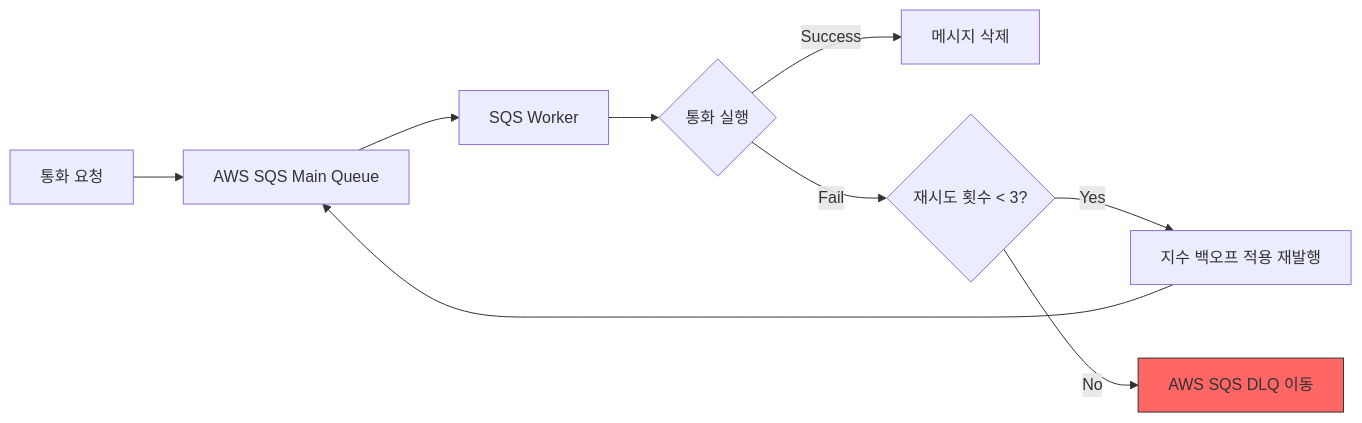
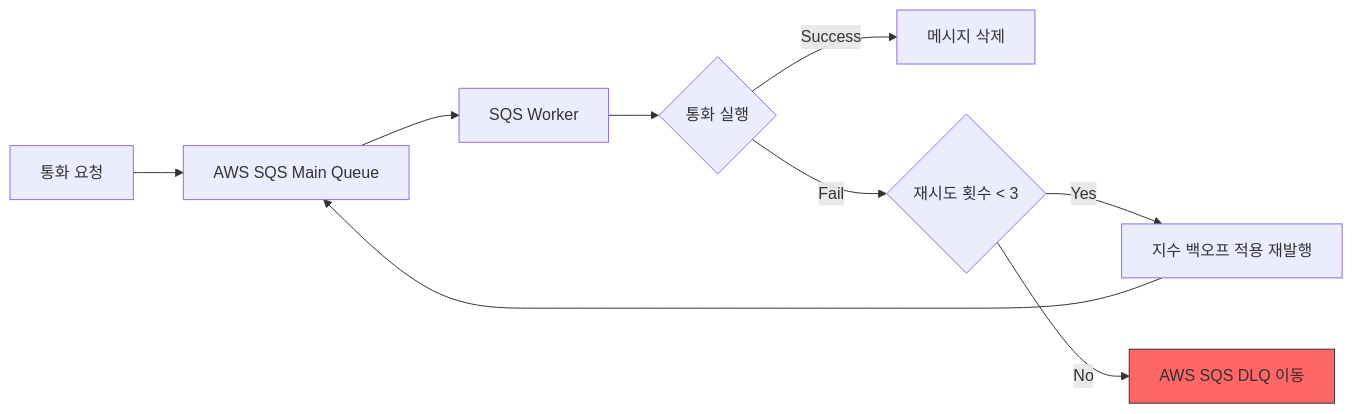
Before and after one commit to ChanJu789/SilverLink: the fourth of 5 diagrams in technical_resolution.md, drawn with Mermaid. The commit also changed other lines of this file, not shown here.

````diff
--- a/technical_resolution.md
+++ b/technical_resolution.md
@@ -113,12 +113,12 @@
 ```mermaid
 flowchart LR
     Req[통화 요청] --> SQS[AWS SQS Main Queue]
     SQS --> Worker[SQS Worker]
     Worker --> Call{통화 실행}
     Call -- Success --> Delete[메시지 삭제]
-    Call -- Fail --> Retry{재시도 횟수 < 3?}
+    Call -- Fail --> Retry{재시도 횟수 < 3}
     Retry -- Yes --> Backoff[지수 백오프 적용 재발행]
     Backoff --> SQS
     Retry -- No --> DLQ[AWS SQS DLQ 이동]
     style DLQ fill:#f66,stroke:#333
 ```
````
